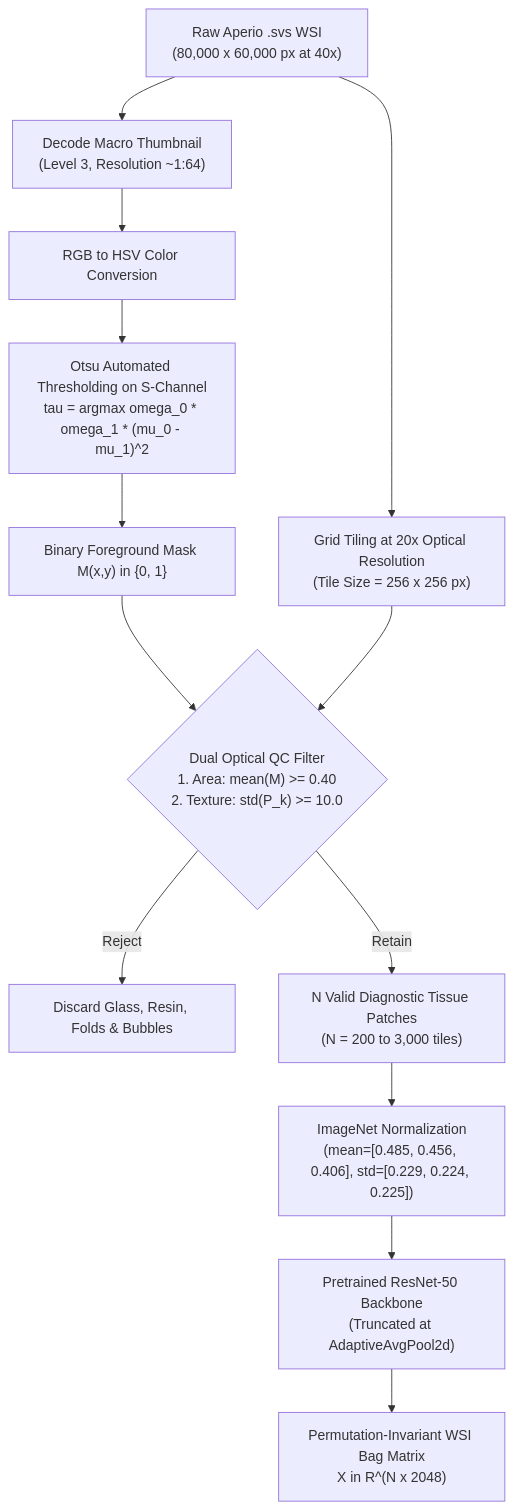
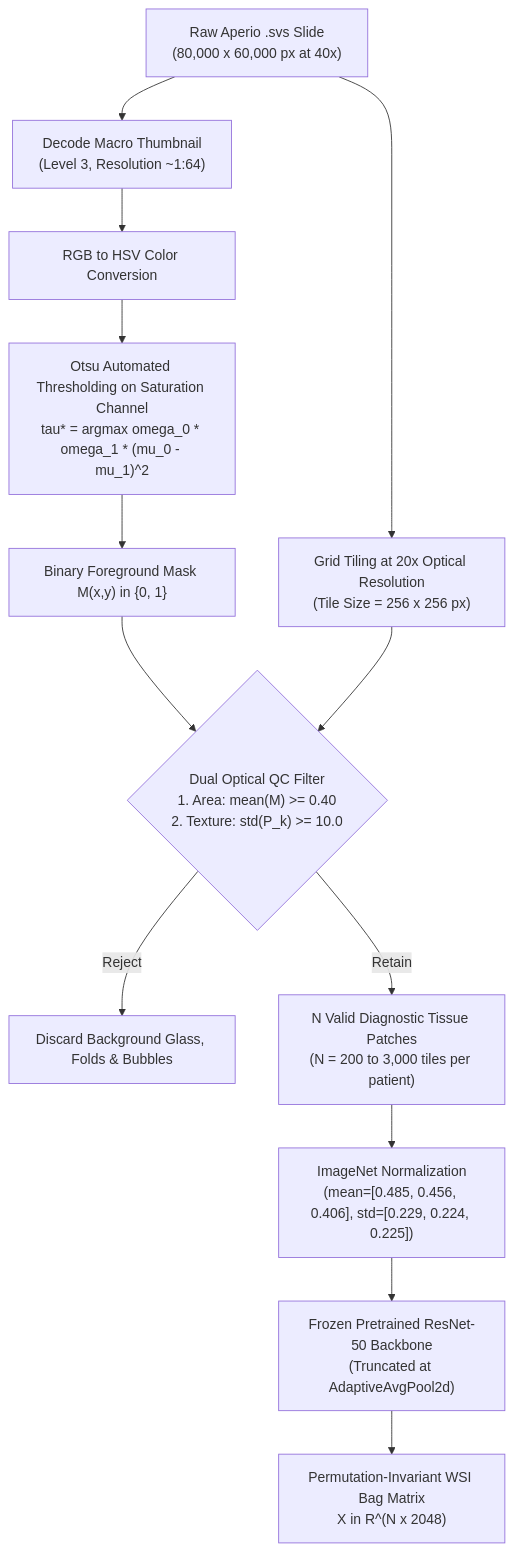
The fourth of 9 diagrams in README.md (Cheesenoice/breast-cancer-cdss), drawn with Mermaid before and after one commit. The commit also changed other lines of this file, not shown here.

````diff
--- a/README.md
+++ b/README.md
@@ -309,17 +304,17 @@
 ```mermaid
 flowchart TD
-    A["Raw Aperio .svs WSI<br/>(80,000 x 60,000 px at 40x)"] --> B["Decode Macro Thumbnail<br/>(Level 3, Resolution ~1:64)"]
+    A["Raw Aperio .svs Slide<br/>(80,000 x 60,000 px at 40x)"] --> B["Decode Macro Thumbnail<br/>(Level 3, Resolution ~1:64)"]
     B --> C["RGB to HSV Color Conversion"]
-    C --> D["Otsu Automated Thresholding on S-Channel<br/>tau = argmax omega_0 * omega_1 * (mu_0 - mu_1)^2"]
+    C --> D["Otsu Automated Thresholding on Saturation Channel<br/>tau* = argmax omega_0 * omega_1 * (mu_0 - mu_1)^2"]
     D --> E["Binary Foreground Mask M(x,y) in {0, 1}"]
     
     A --> F["Grid Tiling at 20x Optical Resolution<br/>(Tile Size = 256 x 256 px)"]
     E & F --> G{"Dual Optical QC Filter<br/>1. Area: mean(M) >= 0.40<br/>2. Texture: std(P_k) >= 10.0"}
     
-    G -->|Reject| H["Discard Glass, Resin, Folds & Bubbles"]
-    G -->|Retain| I["N Valid Diagnostic Tissue Patches<br/>(N = 200 to 3,000 tiles)"]
+    G -->|Reject| H["Discard Background Glass, Folds & Bubbles"]
+    G -->|Retain| I["N Valid Diagnostic Tissue Patches<br/>(N = 200 to 3,000 tiles per patient)"]
     
     I --> J["ImageNet Normalization<br/>(mean=[0.485, 0.456, 0.406], std=[0.229, 0.224, 0.225])"]
-    J --> K["Pretrained ResNet-50 Backbone<br/>(Truncated at AdaptiveAvgPool2d)"]
+    J --> K["Frozen Pretrained ResNet-50 Backbone<br/>(Truncated at AdaptiveAvgPool2d)"]
     K --> L["Permutation-Invariant WSI Bag Matrix<br/>X in R^(N x 2048)"]
 ```
````
